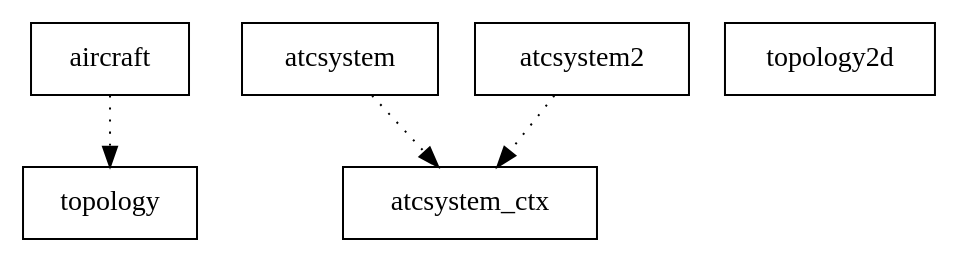
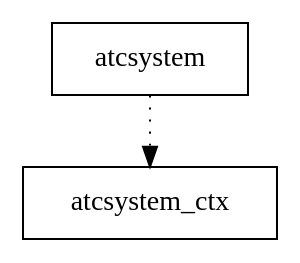
One commit to RafaelBNN/atcsystem changed the diagram in bdp/atcsystem.dot. Above: the diagram before and after it, drawn with Graphviz. The commit also changed 52 other files, not shown here.

```diff
--- a/bdp/atcsystem.dot
+++ b/bdp/atcsystem.dot
@@ -1,12 +1,6 @@
 digraph {
-aircraft [ label=" aircraft " shape= box ]
 atcsystem [ label=" atcsystem " shape= box ]
-atcsystem2 [ label=" atcsystem2 " shape= box ]
 atcsystem_ctx [ label=" atcsystem_ctx " shape= box ]
-topology [ label=" topology " shape= box ]
-topology2d [ label=" topology2d " shape= box ]
 
-"aircraft" -> "topology" [style= dotted ]
 "atcsystem" -> "atcsystem_ctx" [style= dotted ]
-"atcsystem2" -> "atcsystem_ctx" [style= dotted ]
 }
```
